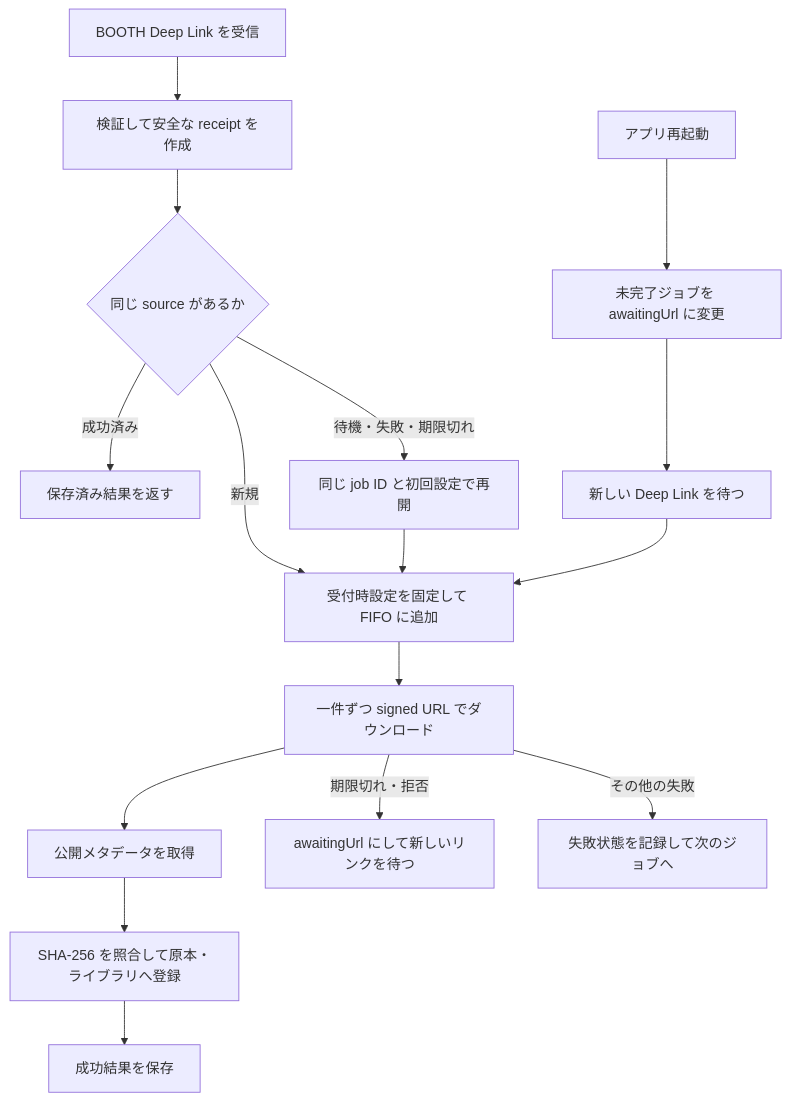
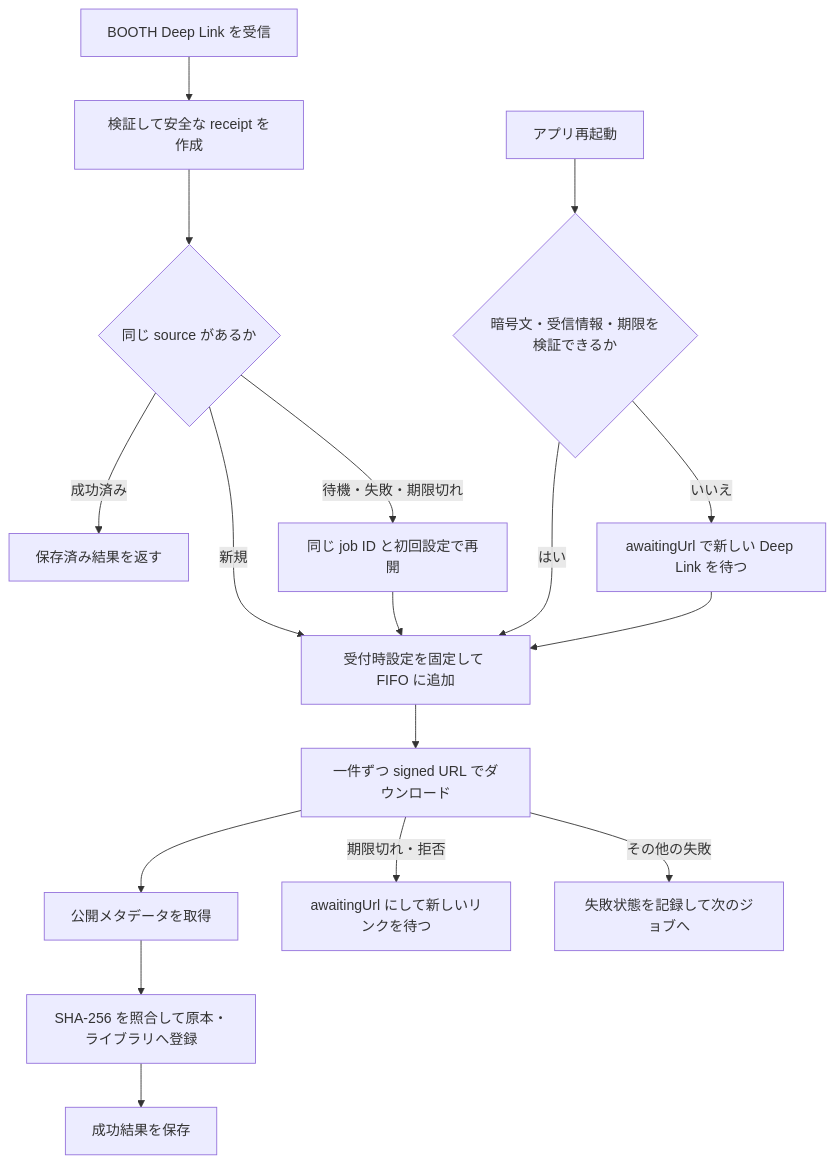
The diagram in docs/implementation-plan.md (tukiminya/omnooth), drawn with Mermaid before and after one commit. The commit also changed other lines of this file and 55 other files, not shown here.

````diff
--- a/docs/implementation-plan.md
+++ b/docs/implementation-plan.md
@@ -17,18 +30,19 @@
 ```mermaid
 flowchart TD
     A[BOOTH Deep Link を受信] --> B[検証して安全な receipt を作成]
     B --> C{同じ source があるか}
     C -->|成功済み| D[保存済み結果を返す]
     C -->|待機・失敗・期限切れ| E[同じ job ID と初回設定で再開]
     C -->|新規| F[受付時設定を固定して FIFO に追加]
     E --> F
     F --> G[一件ずつ signed URL でダウンロード]
     G --> H[公開メタデータを取得]
     H --> I[SHA-256 を照合して原本・ライブラリへ登録]
     I --> J[成功結果を保存]
     G -->|期限切れ・拒否| K[awaitingUrl にして新しいリンクを待つ]
     G -->|その他の失敗| L[失敗状態を記録して次のジョブへ]
-    M[アプリ再起動] --> N[未完了ジョブを awaitingUrl に変更]
-    N --> O[新しい Deep Link を待つ]
+    M["アプリ再起動"] --> N{"暗号文・受信情報・期限を検証できるか"}
+    N -->|はい| F
+    N -->|いいえ| O["awaitingUrl で新しい Deep Link を待つ"]
     O --> F
 ```
````
